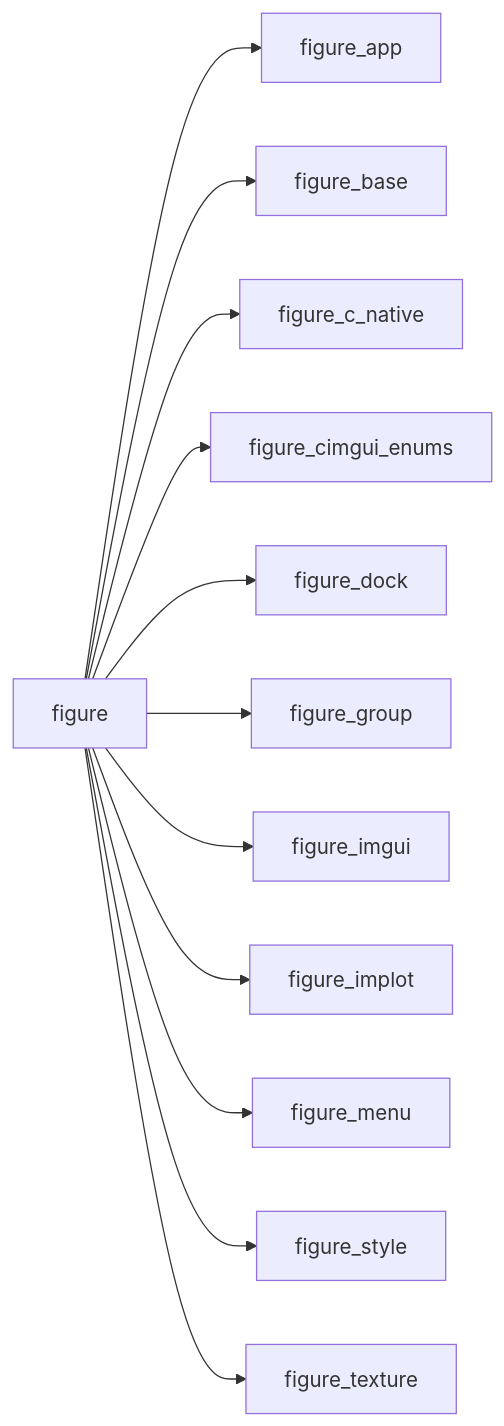
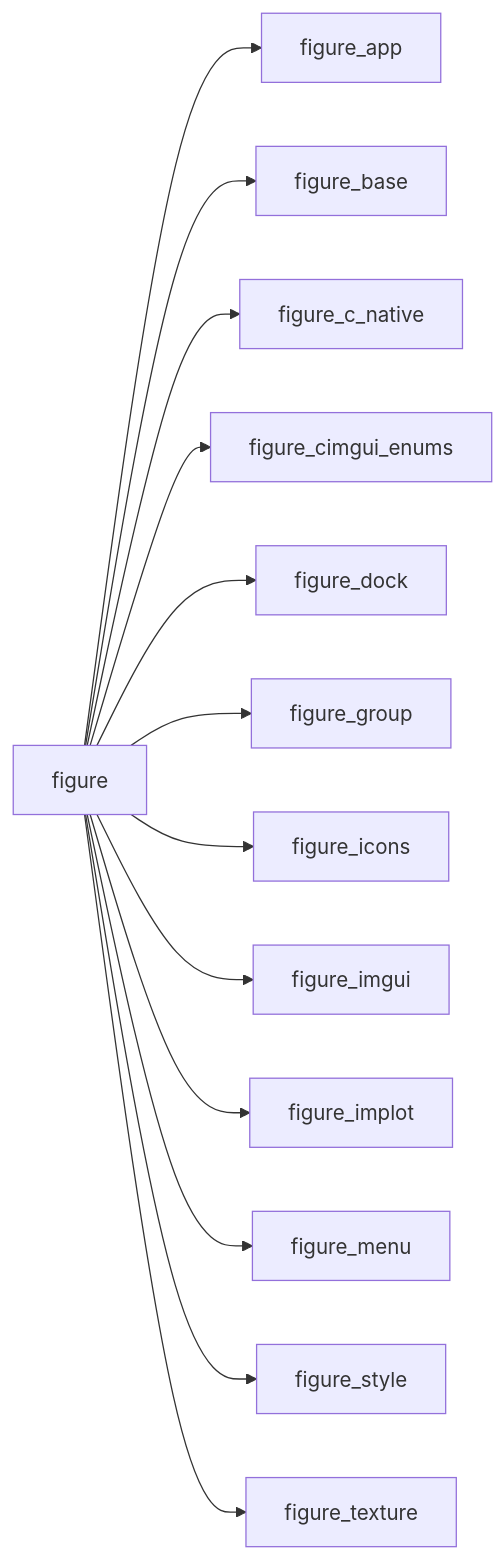
The diagram in docs/api/src/lib/figure.md (szaghi/figure), drawn with Mermaid before and after one commit. The commit also changed other lines of this file and 20 other files, not shown here.

````diff
--- a/docs/api/src/lib/figure.md
+++ b/docs/api/src/lib/figure.md
@@ -19,14 +20,15 @@
 ```mermaid
 graph LR
   figure["figure"] --> figure_app["figure_app"]
   figure["figure"] --> figure_base["figure_base"]
   figure["figure"] --> figure_c_native["figure_c_native"]
   figure["figure"] --> figure_cimgui_enums["figure_cimgui_enums"]
   figure["figure"] --> figure_dock["figure_dock"]
   figure["figure"] --> figure_group["figure_group"]
+  figure["figure"] --> figure_icons["figure_icons"]
   figure["figure"] --> figure_imgui["figure_imgui"]
   figure["figure"] --> figure_implot["figure_implot"]
   figure["figure"] --> figure_menu["figure_menu"]
   figure["figure"] --> figure_style["figure_style"]
   figure["figure"] --> figure_texture["figure_texture"]
 ```
````
